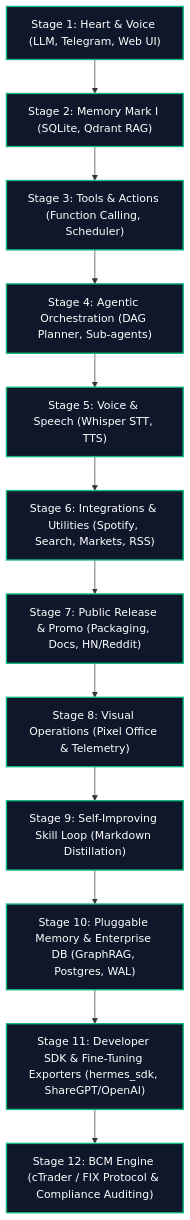
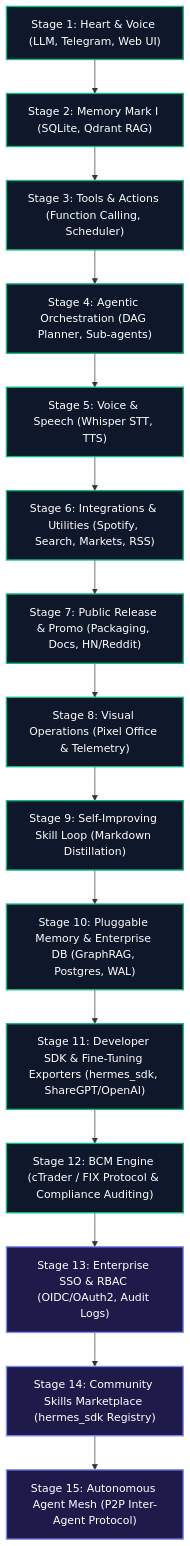
The first of 2 diagrams in ROADMAP.md (pauloberezini/hermes-synapse), drawn with Mermaid before and after one commit. The commit also changed other lines of this file, not shown here.

Commit message:
docs(roadmap): update skills matrix and define upcoming stages 13-15

````diff
--- a/ROADMAP.md
+++ b/ROADMAP.md
@@ -11,27 +11,33 @@
 ```mermaid
 graph TD
     Stage1["Stage 1: Heart & Voice (LLM, Telegram, Web UI)"] --> Stage2["Stage 2: Memory Mark I (SQLite, Qdrant RAG)"]
     Stage2 --> Stage3["Stage 3: Tools & Actions (Function Calling, Scheduler)"]
     Stage3 --> Stage4["Stage 4: Agentic Orchestration (DAG Planner, Sub-agents)"]
     Stage4 --> Stage5["Stage 5: Voice & Speech (Whisper STT, TTS)"]
     Stage5 --> Stage6["Stage 6: Integrations & Utilities (Spotify, Search, Markets, RSS)"]
     Stage6 --> Stage7["Stage 7: Public Release & Promo (Packaging, Docs, HN/Reddit)"]
     Stage7 --> Stage8["Stage 8: Visual Operations (Pixel Office & Telemetry)"]
     Stage8 --> Stage9["Stage 9: Self-Improving Skill Loop (Markdown Distillation)"]
     Stage9 --> Stage10["Stage 10: Pluggable Memory & Enterprise DB (GraphRAG, Postgres, WAL)"]
     Stage10 --> Stage11["Stage 11: Developer SDK & Fine-Tuning Exporters (hermes_sdk, ShareGPT/OpenAI)"]
     Stage11 --> Stage12["Stage 12: BCM Engine (cTrader / FIX Protocol & Compliance Auditing)"]
+    Stage12 --> Stage13["Stage 13: Enterprise SSO & RBAC (OIDC/OAuth2, Audit Logs)"]
+    Stage13 --> Stage14["Stage 14: Community Skills Marketplace (hermes_sdk Registry)"]
+    Stage14 --> Stage15["Stage 15: Autonomous Agent Mesh (P2P Inter-Agent Protocol)"]
     
     style Stage1 fill:#0f172a,stroke:#10b981,stroke-width:2px,color:#fff
     style Stage2 fill:#0f172a,stroke:#10b981,stroke-width:2px,color:#fff
     style Stage3 fill:#0f172a,stroke:#10b981,stroke-width:2px,color:#fff
     style Stage4 fill:#0f172a,stroke:#10b981,stroke-width:2px,color:#fff
     style Stage5 fill:#0f172a,stroke:#10b981,stroke-width:2px,color:#fff
     style Stage6 fill:#0f172a,stroke:#10b981,stroke-width:2px,color:#fff
     style Stage7 fill:#0f172a,stroke:#10b981,stroke-width:2px,color:#fff
     style Stage8 fill:#0f172a,stroke:#10b981,stroke-width:2px,color:#fff
     style Stage9 fill:#0f172a,stroke:#10b981,stroke-width:2px,color:#fff
     style Stage10 fill:#0f172a,stroke:#10b981,stroke-width:2px,color:#fff
     style Stage11 fill:#0f172a,stroke:#10b981,stroke-width:2px,color:#fff
     style Stage12 fill:#0f172a,stroke:#10b981,stroke-width:2px,color:#fff
+    style Stage13 fill:#1e1b4b,stroke:#818cf8,stroke-width:2px,color:#fff
+    style Stage14 fill:#1e1b4b,stroke:#818cf8,stroke-width:2px,color:#fff
+    style Stage15 fill:#1e1b4b,stroke:#818cf8,stroke-width:2px,color:#fff
 ```
````
